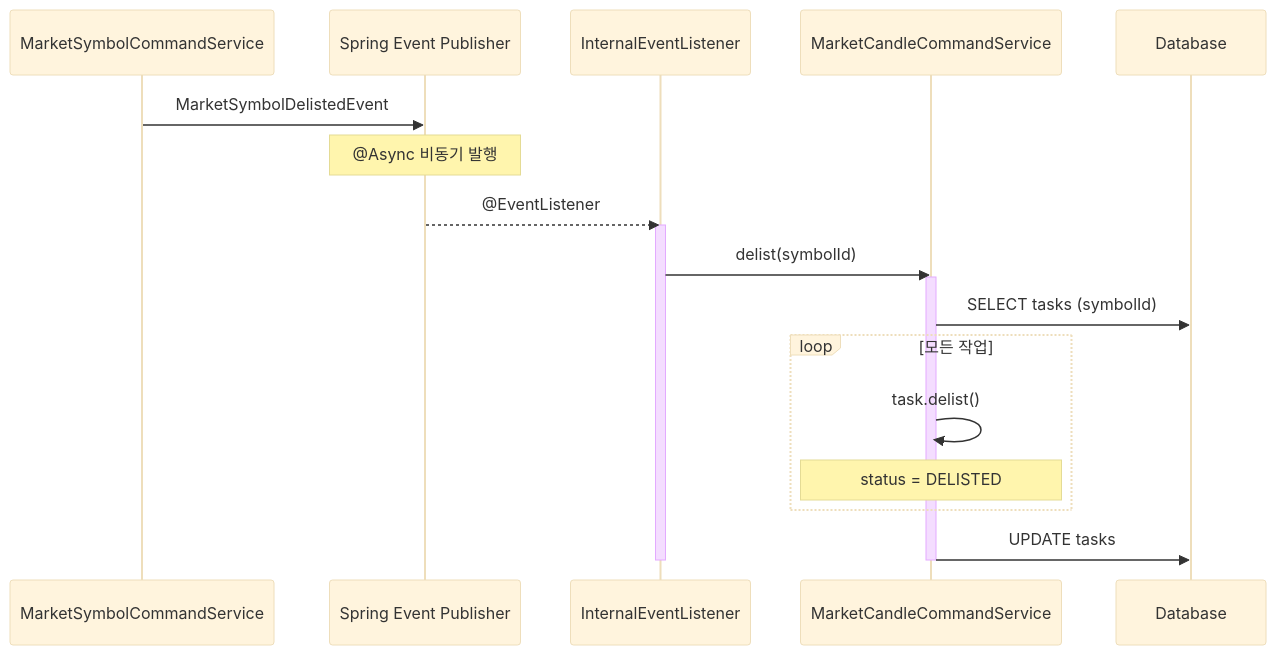
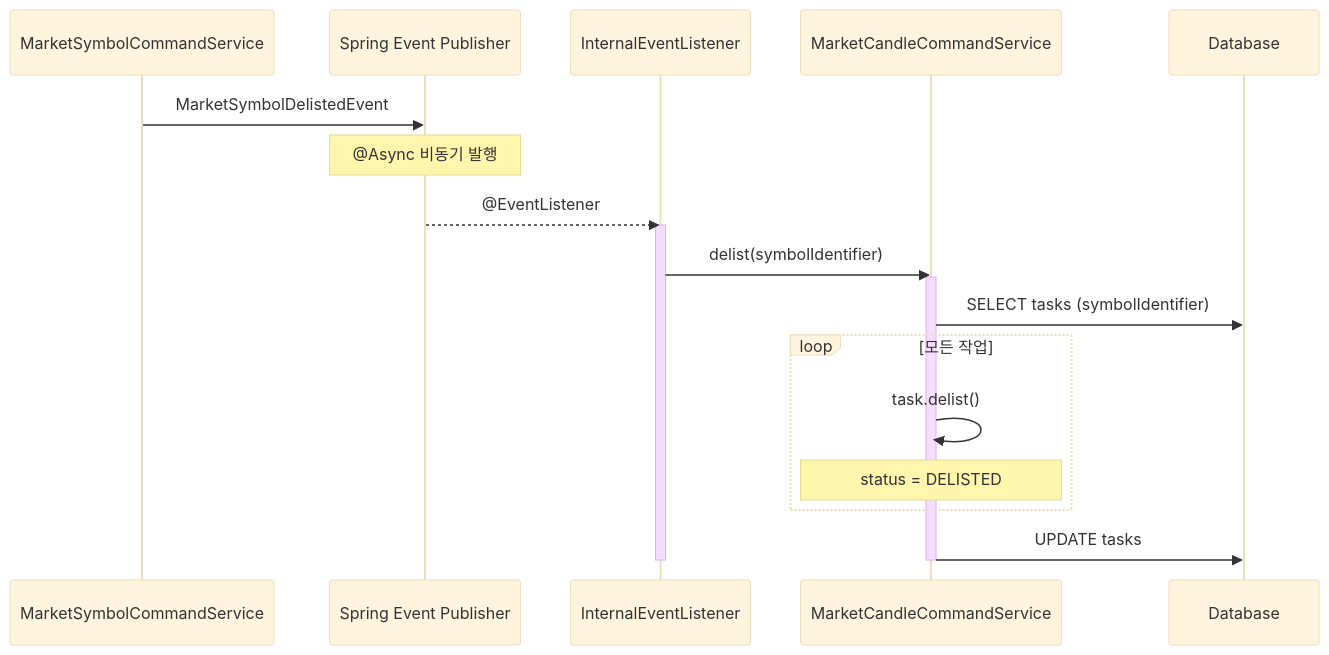
Before and after one commit to Trade-Pilot/.github: the ninth of 17 diagrams in backend/market/sequence-diagram.md, drawn with Mermaid (base theme). The commit also changed other lines of this file and 17 other files, not shown here.

````diff
--- a/backend/market/sequence-diagram.md
+++ b/backend/market/sequence-diagram.md
@@ -402,28 +402,28 @@
 ```mermaid
 sequenceDiagram
     participant SymbolService as MarketSymbolCommandService
     participant EventPub as Spring Event Publisher
     participant Listener as InternalEventListener
     participant TaskService as MarketCandleCommandService
     participant DB as Database
 
     SymbolService->>EventPub: MarketSymbolDelistedEvent
     Note over EventPub: @Async 비동기 발행
 
     EventPub-->>Listener: @EventListener
 
     activate Listener
-    Listener->>TaskService: delist(symbolId)
+    Listener->>TaskService: delist(symbolIdentifier)
 
     activate TaskService
-    TaskService->>DB: SELECT tasks (symbolId)
+    TaskService->>DB: SELECT tasks (symbolIdentifier)
 
     loop 모든 작업
         TaskService->>TaskService: task.delist()
         Note over TaskService: status = DELISTED
     end
 
     TaskService->>DB: UPDATE tasks
     deactivate TaskService
     deactivate Listener
 ```
````
